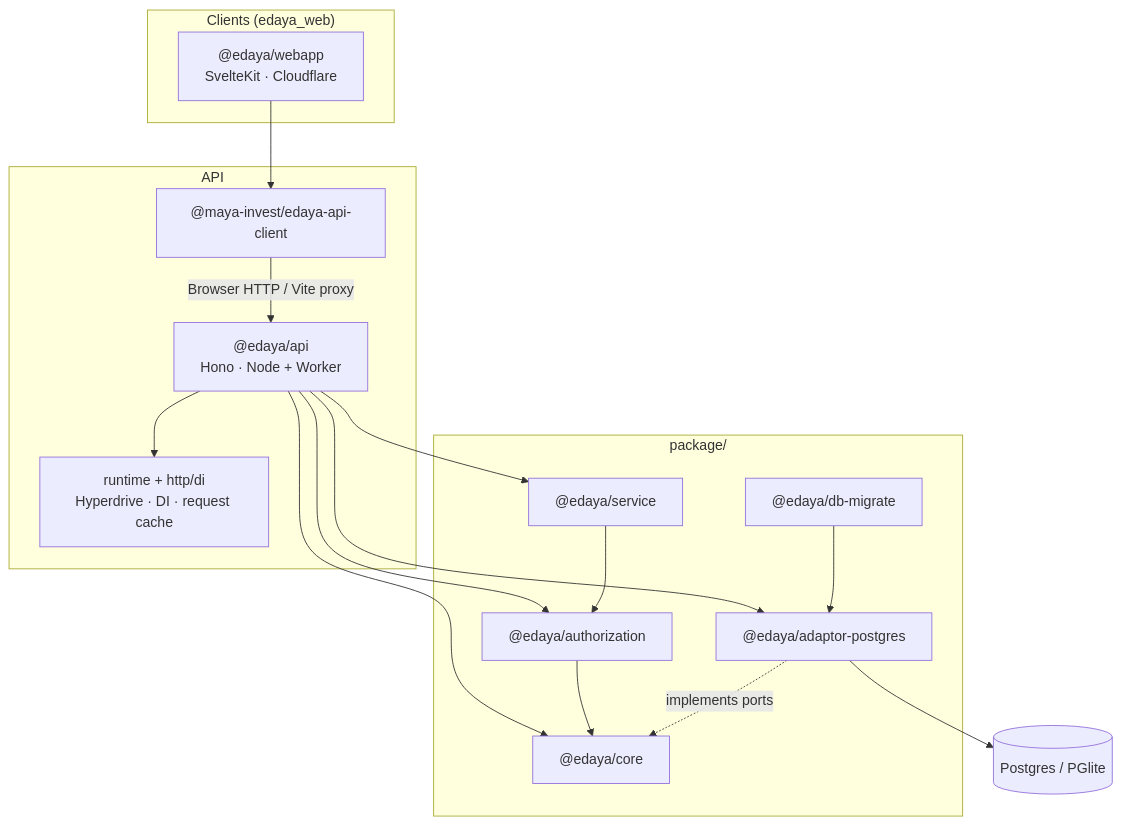
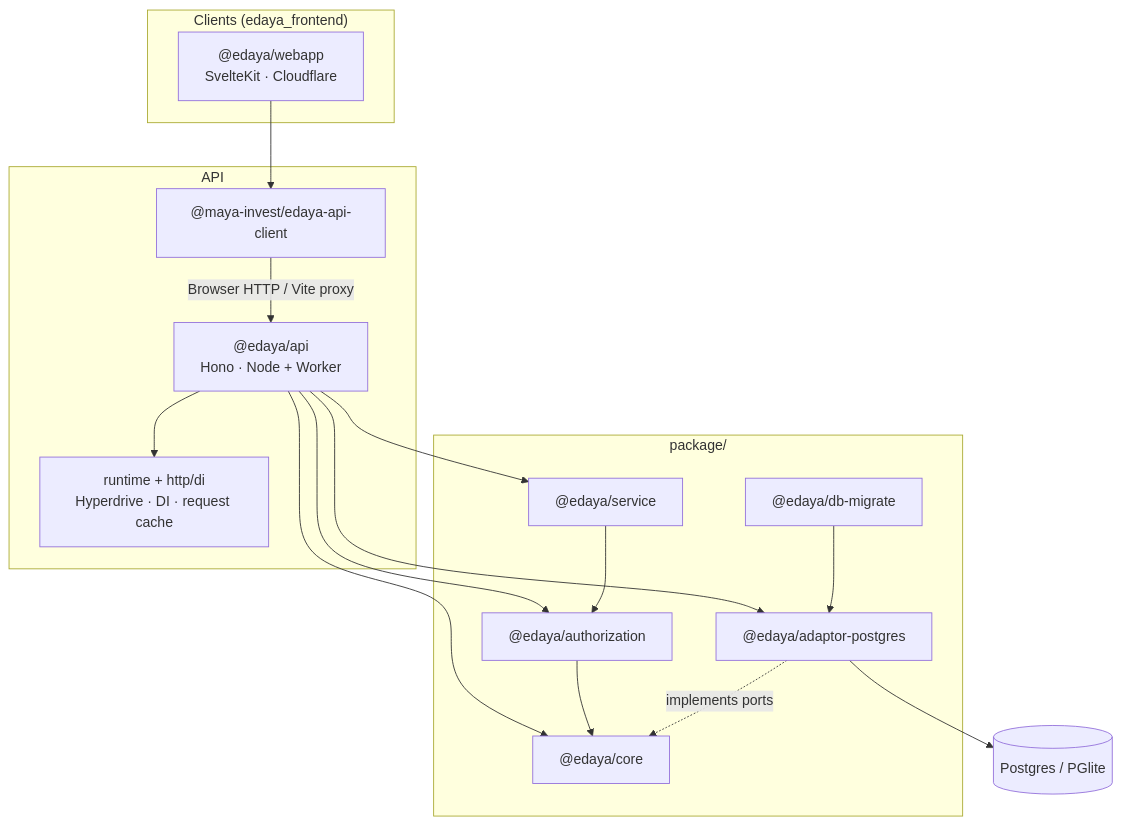
The diagram in README.md (Maya-Invest/edaya_backend), drawn with Mermaid before and after one commit. The commit also changed other lines of this file and 243 other files, not shown here.

First line of the commit message:
fix(docs): update README references from edaya_web to edaya_frontend and add release contract file

````diff
--- a/README.md
+++ b/README.md
@@ -42,33 +42,33 @@
 ```mermaid
 flowchart TB
-  subgraph clients["Clients (edaya_web)"]
+  subgraph clients["Clients (edaya_frontend)"]
     Webapp["@edaya/webapp<br/>SvelteKit · Cloudflare"]
   end
 
   subgraph api_layer["API"]
     API["@edaya/api<br/>Hono · Node + Worker"]
     Client["@maya-invest/edaya-api-client"]
     WorkerHost["runtime + http/di<br/>Hyperdrive · DI · request cache"]
   end
 
   subgraph package["package/"]
     Core["@edaya/core"]
     Authz["@edaya/authorization"]
     Service["@edaya/service"]
     PG["@edaya/adaptor-postgres"]
     DbMigrate["@edaya/db-migrate"]
   end
 
   Webapp --> Client
   Client -->|Browser HTTP / Vite proxy| API
   API --> WorkerHost
   API --> Service
   API --> Authz
   API --> Core
   API --> PG
   Service --> Authz
   Authz --> Core
   PG -.->|implements ports| Core
   DbMigrate --> PG
   PG --> SchoolDB[(Postgres / PGlite)]
 ```
````
